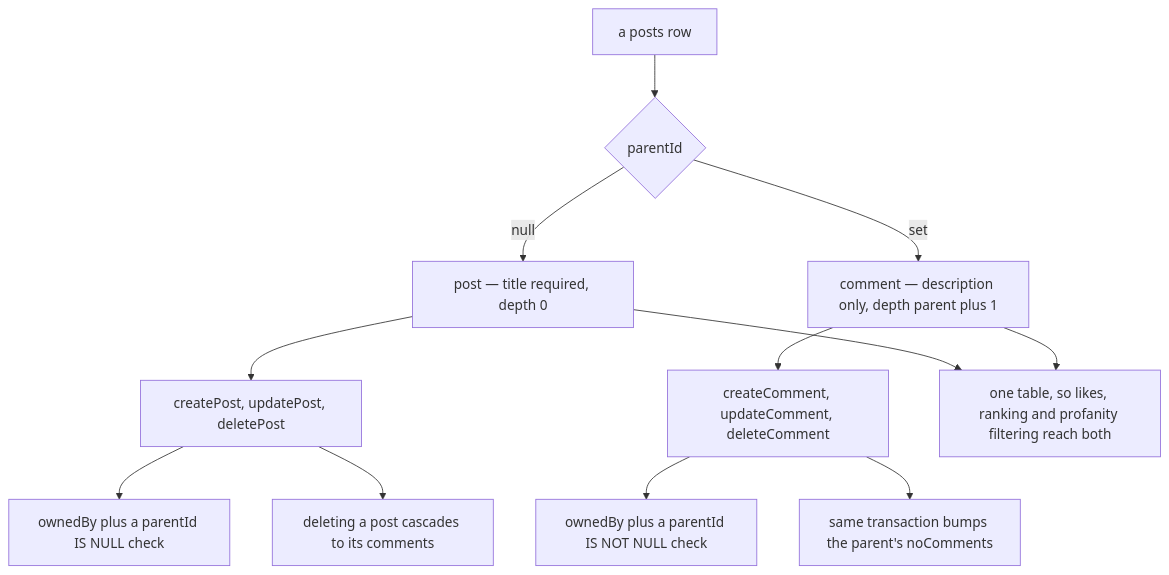
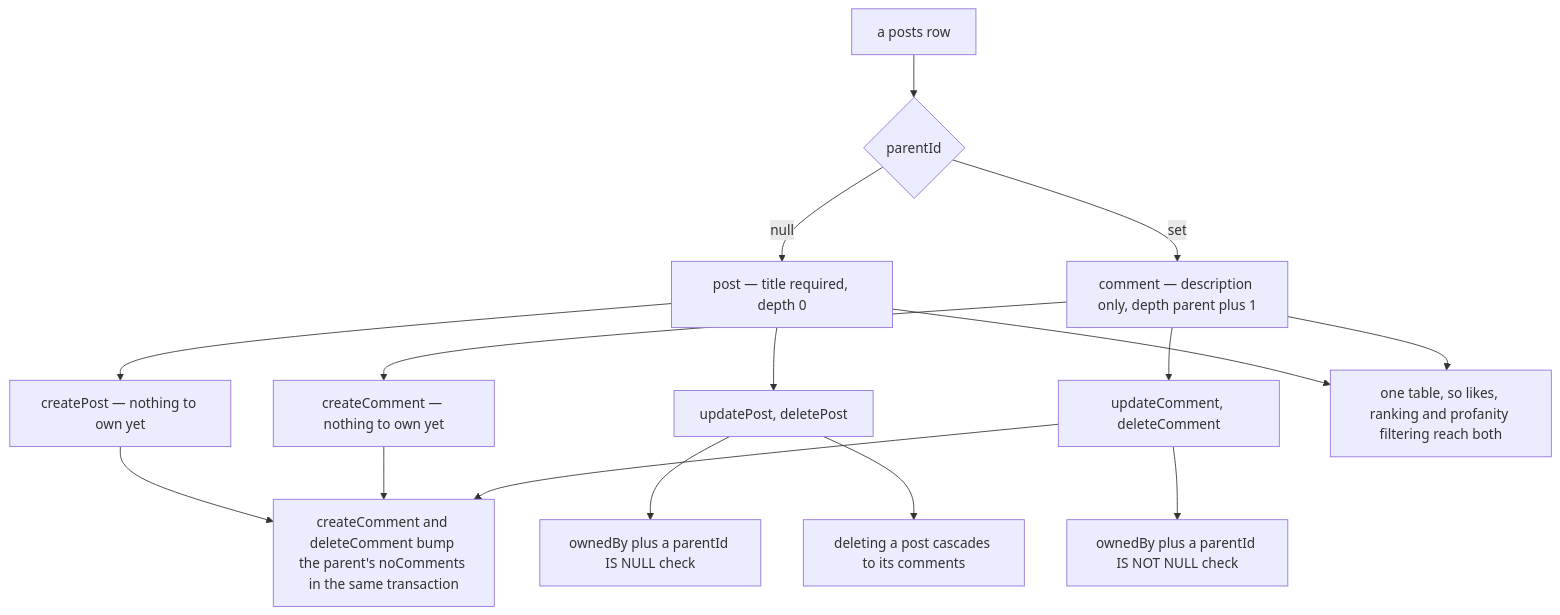
Before and after one commit to Esposter/Esposter: the diagram in packages/app/content/docs/posts/posts-and-comments.md, drawn with Mermaid. The commit also changed 15 other files, not shown here.

````diff
--- a/packages/app/content/docs/posts/posts-and-comments.md
+++ b/packages/app/content/docs/posts/posts-and-comments.md
@@ -12,14 +12,18 @@
 ```mermaid
 flowchart TD
   ROW["a posts row"] --> PARENT{"parentId"}
   PARENT -->|"null"| POST["post — title required, depth 0"]
   PARENT -->|"set"| COMMENT["comment — description only, depth parent plus 1"]
-  POST --> POSTPROCS["createPost, updatePost, deletePost"]
-  COMMENT --> COMMENTPROCS["createComment, updateComment, deleteComment"]
-  POSTPROCS --> GUARD["ownedBy plus a parentId IS NULL check"]
-  COMMENTPROCS --> GUARDC["ownedBy plus a parentId IS NOT NULL check"]
-  COMMENTPROCS --> COUNT["same transaction bumps the parent's noComments"]
-  POSTPROCS --> CASCADE["deleting a post cascades to its comments"]
+  POST --> POSTCREATE["createPost — nothing to own yet"]
+  POST --> POSTWRITE["updatePost, deletePost"]
+  COMMENT --> COMMENTCREATE["createComment — nothing to own yet"]
+  COMMENT --> COMMENTWRITE["updateComment, deleteComment"]
+  POSTWRITE --> GUARD["ownedBy plus a parentId IS NULL check"]
+  COMMENTWRITE --> GUARDC["ownedBy plus a parentId IS NOT NULL check"]
+  POSTCREATE --> COUNT
+  COMMENTCREATE --> COUNT["createComment and deleteComment bump the parent's noComments in the same transaction"]
+  COMMENTWRITE --> COUNT
+  POSTWRITE --> CASCADE["deleting a post cascades to its comments"]
   POST --> SHARED["one table, so likes, ranking and profanity filtering reach both"]
   COMMENT --> SHARED
 ```
````
